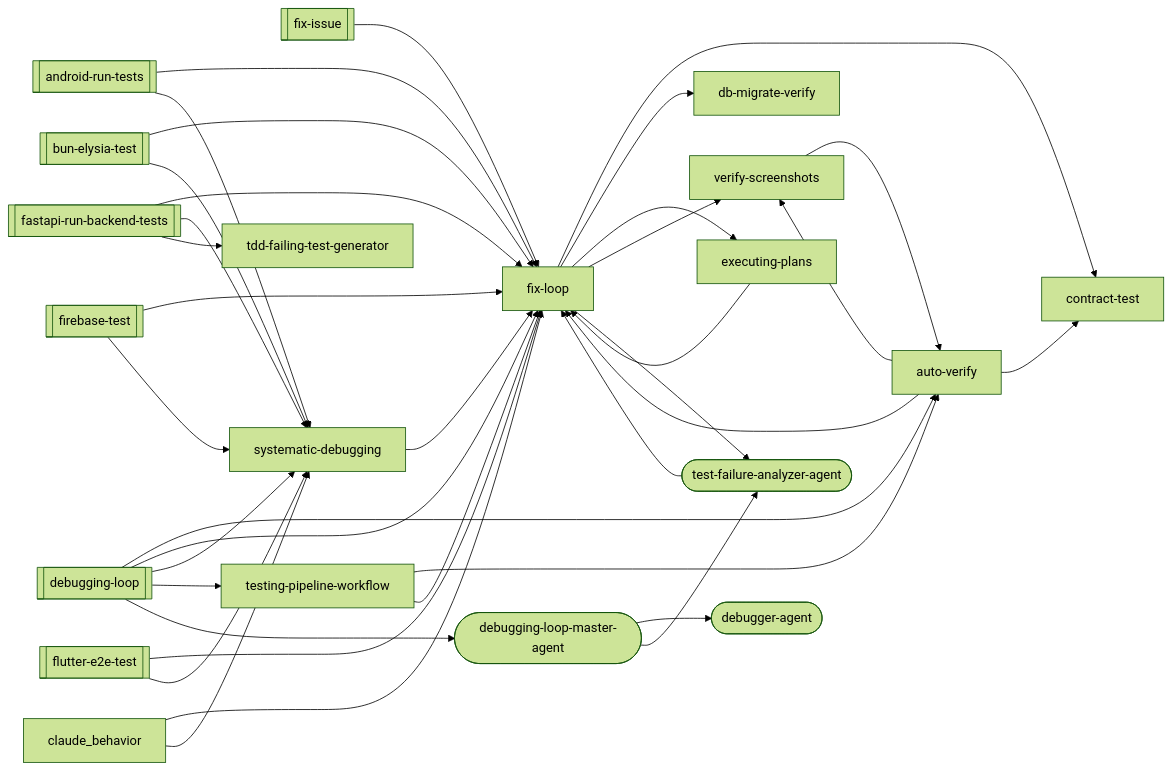
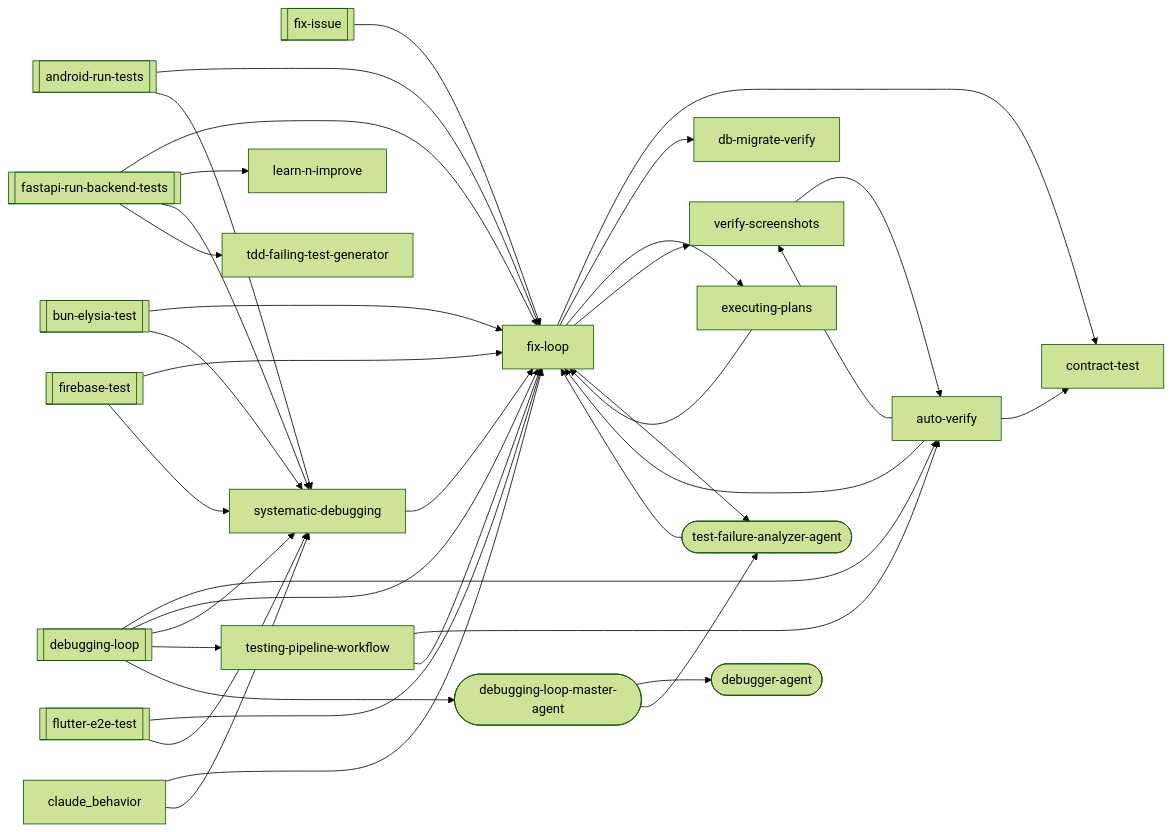
The third of 21 diagrams in docs/workflows/debugging-loop.md (abhayla/claude-best-practices), drawn with Mermaid (forest theme) before and after one commit. The commit also changed other lines of this file and 12 other files, not shown here.

````diff
--- a/docs/workflows/debugging-loop.md
+++ b/docs/workflows/debugging-loop.md
@@ -478,57 +498,59 @@
 ```mermaid
 graph LR
     android_run_tests[["android-run-tests"]]
     bun_elysia_test[["bun-elysia-test"]]
     debugging_loop[["debugging-loop"]]
     fastapi_run_backend_tests[["fastapi-run-backend-tests"]]
     firebase_test[["firebase-test"]]
     fix_issue[["fix-issue"]]
     flutter_e2e_test[["flutter-e2e-test"]]
     auto_verify["auto-verify"]
     contract_test["contract-test"]
     db_migrate_verify["db-migrate-verify"]
     debugger_agent(["debugger-agent"])
     debugging_loop_master_agent(["debugging-loop-master-agent"])
     executing_plans["executing-plans"]
     fix_loop["fix-loop"]
+    learn_n_improve["learn-n-improve"]
     systematic_debugging["systematic-debugging"]
     tdd_failing_test_generator["tdd-failing-test-generator"]
     test_failure_analyzer_agent(["test-failure-analyzer-agent"])
     testing_pipeline_workflow["testing-pipeline-workflow"]
     verify_screenshots["verify-screenshots"]
     android_run_tests --> fix_loop
     android_run_tests --> systematic_debugging
     auto_verify --> contract_test
     auto_verify --> fix_loop
     auto_verify --> verify_screenshots
     bun_elysia_test --> fix_loop
     bun_elysia_test --> systematic_debugging
     debugging_loop --> auto_verify
     debugging_loop --> fix_loop
     debugging_loop --> systematic_debugging
     debugging_loop --> testing_pipeline_workflow
     debugging_loop --> debugging_loop_master_agent
     executing_plans --> fix_loop
     fastapi_run_backend_tests --> fix_loop
+    fastapi_run_backend_tests --> learn_n_improve
     fastapi_run_backend_tests --> systematic_debugging
     fastapi_run_backend_tests --> tdd_failing_test_generator
     firebase_test --> fix_loop
     firebase_test --> systematic_debugging
     fix_issue --> fix_loop
     fix_loop --> contract_test
     fix_loop --> db_migrate_verify
     fix_loop --> executing_plans
     fix_loop --> verify_screenshots
     fix_loop --> test_failure_analyzer_agent
     flutter_e2e_test --> fix_loop
     flutter_e2e_test --> systematic_debugging
     systematic_debugging --> fix_loop
     testing_pipeline_workflow --> auto_verify
     testing_pipeline_workflow --> fix_loop
     verify_screenshots --> auto_verify
     debugging_loop_master_agent --> debugger_agent
     debugging_loop_master_agent --> test_failure_analyzer_agent
     test_failure_analyzer_agent --> fix_loop
     claude_behavior --> fix_loop
     claude_behavior --> systematic_debugging
 ```
````
